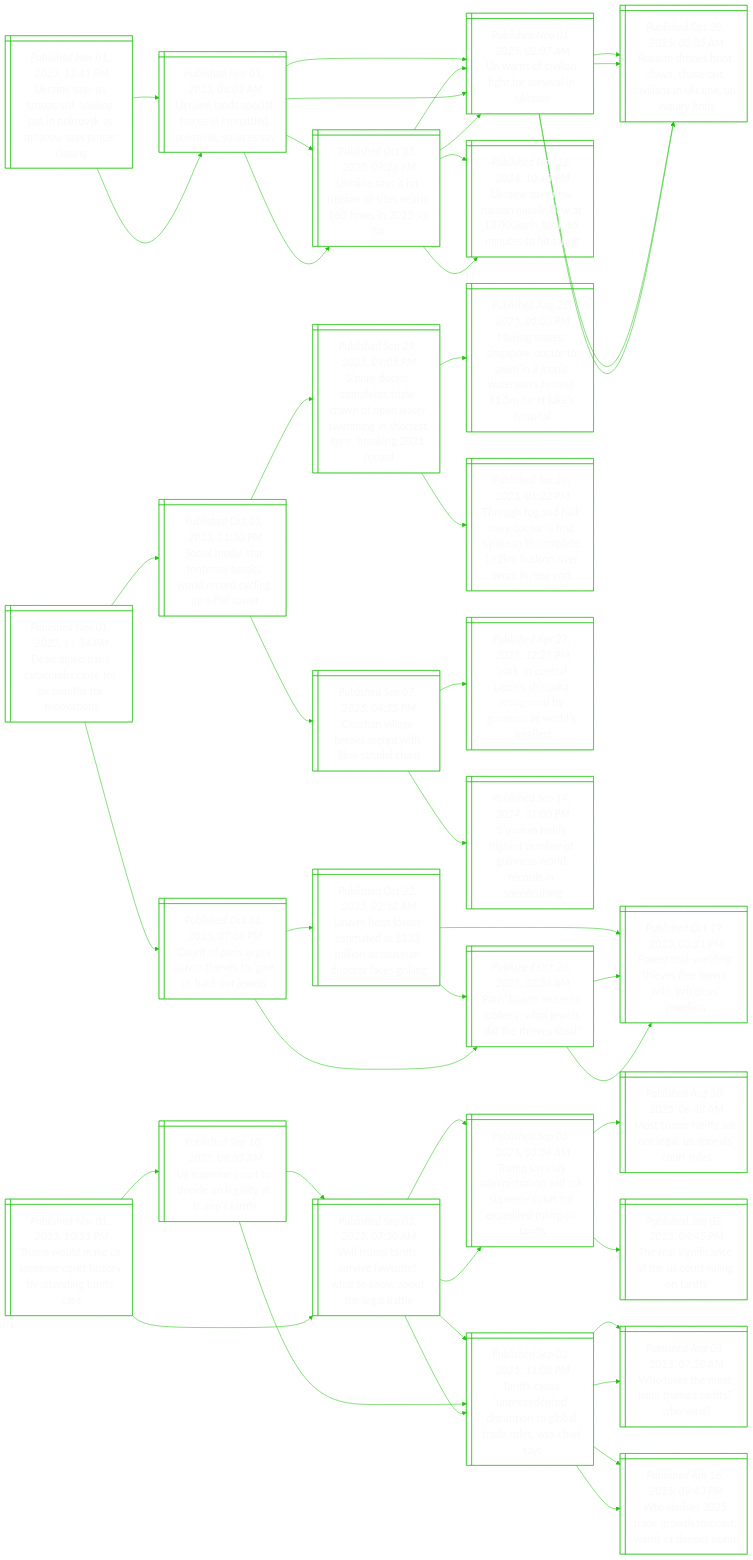
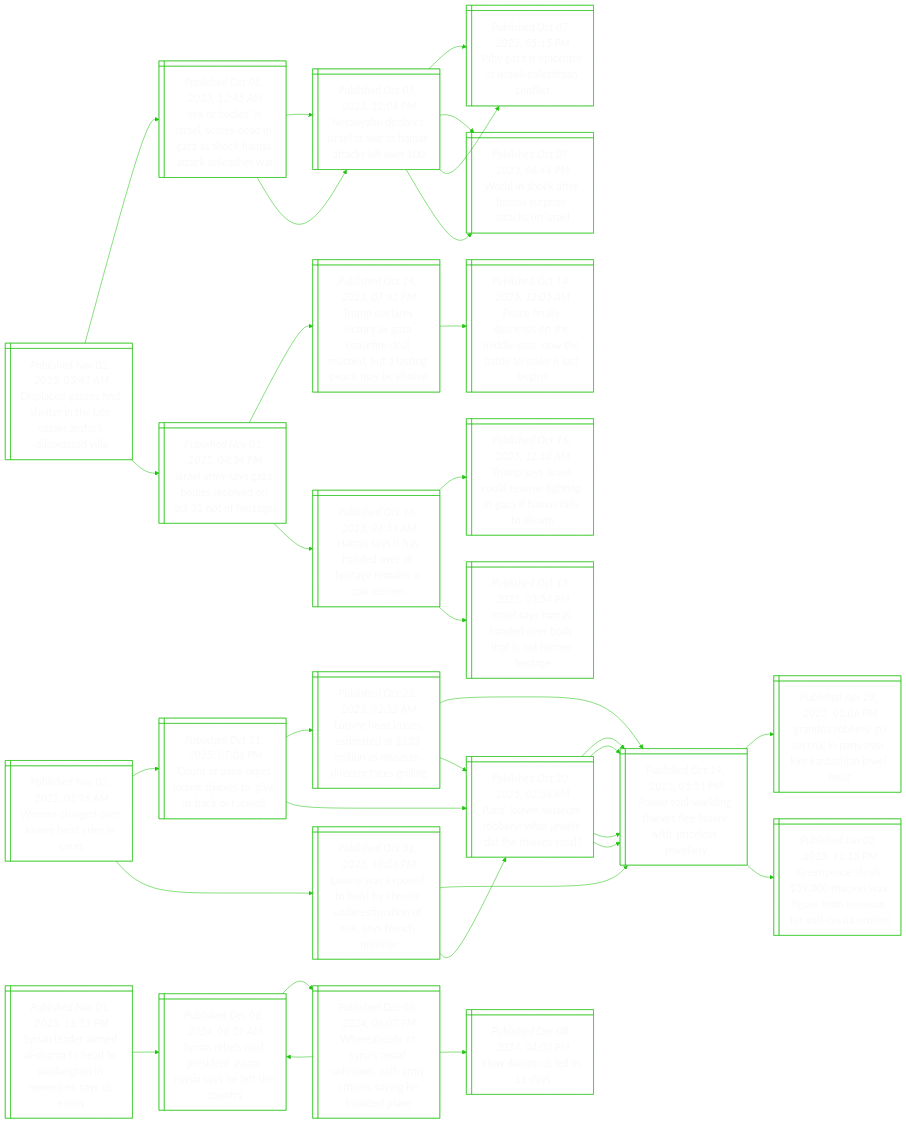
Before and after one commit to notJmes/notJmes: the diagram in README.md, drawn with Mermaid. The commit also changed other lines of this file, not shown here.

````diff
--- a/README.md
+++ b/README.md
@@ -16,68 +16,51 @@
 flowchart LR
 classDef txtsize font-size:20px;
 
-Unsrshniracyco@{ shape: win-pane, label: "_Published Nov 01, 2025, 11:41 PM_
-Ukraine says its troops still holding out in pokrovsk as moscow says pincer closing" }
-Undcoiadoos@{ shape: win-pane, label: "_Published Nov 01, 2025, 06:01 AM_
-Ukraine lands special forces in embattled pokrovsk, sources say" }
-UniahsvUn@{ shape: win-pane, label: "_Published Nov 01, 2025, 02:07 AM_
-Un warns of civilian fight for survival in ukraine" }
-RannneiaUnnys@{ shape: win-pane, label: "_Published Oct 28, 2025, 03:05 AM_
-Russian drones hunt down, chase out civilians in ukraine, un inquiry finds" }
-RannneiaUnnys@{ shape: win-pane, label: "_Published Oct 28, 2025, 03:05 AM_
-Russian drones hunt down, chase out civilians in ukraine, un inquiry finds" }
-Unstilsleo@{ shape: win-pane, label: "_Published Oct 31, 2025, 09:26 PM_
-Ukraine says it hit russian oil sites nearly 160 times in 2025 so far" }
-Unsuniemkthr@{ shape: win-pane, label: "_Published Nov 22, 2024, 10:48 PM_
-Ukraine says new russian missile flew at 13,000kmh, took 15 minutes to hit target" }
-UniahsvUn@{ shape: win-pane, label: "_Published Nov 01, 2025, 02:07 AM_
-Un warns of civilian fight for survival in ukraine" }
-Undcoiadoos@{ shape: win-pane, label: "_Published Nov 01, 2025, 06:01 AM_
-Ukraine lands special forces in embattled pokrovsk, sources say" }
-UniahsvUn@{ shape: win-pane, label: "_Published Nov 01, 2025, 02:07 AM_
-Un warns of civilian fight for survival in ukraine" }
-RannneiaUnnys@{ shape: win-pane, label: "_Published Oct 28, 2025, 03:05 AM_
-Russian drones hunt down, chase out civilians in ukraine, un inquiry finds" }
-RannneiaUnnys@{ shape: win-pane, label: "_Published Oct 28, 2025, 03:05 AM_
-Russian drones hunt down, chase out civilians in ukraine, un inquiry finds" }
-Unstilsleo@{ shape: win-pane, label: "_Published Oct 31, 2025, 09:26 PM_
-Ukraine says it hit russian oil sites nearly 160 times in 2025 so far" }
-Unsuniemkthr@{ shape: win-pane, label: "_Published Nov 22, 2024, 10:48 PM_
-Ukraine says new russian missile flew at 13,000kmh, took 15 minutes to hit target" }
-UniahsvUn@{ shape: win-pane, label: "_Published Nov 01, 2025, 02:07 AM_
-Un warns of civilian fight for survival in ukraine" }
+DaafhreYralai@{ shape: win-pane, label: "_Published Nov 02, 2025, 03:41 AM_
+Displaced gazans find shelter in the late yasser arafat’s dilapidated villa" }
+Sbsrcdnacaale@{ shape: win-pane, label: "_Published Oct 08, 2023, 12:45 AM_
+‘sea of bodies’ in israel, scores dead in gaza as shock hamas attack unleashes war" }
+NyeeawHakl@{ shape: win-pane, label: "_Published Oct 07, 2023, 12:04 PM_
+Netanyahu declares israel at war as hamas attacks kill over 100" }
+WzptIleint@{ shape: win-pane, label: "_Published Oct 07, 2023, 05:15 PM_
+Why gaza is epicentre of israeli-palestinian conflict" }
+Wiceapaks@{ shape: win-pane, label: "_Published Oct 07, 2023, 06:44 PM_
+World in shock after hamas surprise attacks on israel" }
+NyeeawHakl@{ shape: win-pane, label: "_Published Oct 07, 2023, 12:04 PM_
+Netanyahu declares israel at war as hamas attacks kill over 100" }
+WzptIleint@{ shape: win-pane, label: "_Published Oct 07, 2023, 05:15 PM_
+Why gaza is epicentre of israeli-palestinian conflict" }
+Wiceapaks@{ shape: win-pane, label: "_Published Oct 07, 2023, 06:44 PM_
+World in shock after hamas surprise attacks on israel" }
+Ilsadeecot@{ shape: win-pane, label: "_Published Nov 01, 2025, 04:34 PM_
+Israel army says gaza bodies received on oct 31 not of hostages" }
+Tdrcaaededlncbs@{ shape: win-pane, label: "_Published Oct 14, 2025, 07:45 PM_
+Trump declares victory as gaza ceasefire deal reached, but a lasting peace may be elusive" }
+PflcoMeNelale@{ shape: win-pane, label: "_Published Oct 14, 2025, 12:05 AM_
+Peace finally descends on the middle east: now the battle to make it last begins" }
+Hstaoltesnv@{ shape: win-pane, label: "_Published Oct 16, 2025, 04:51 AM_
+Hamas says it has handed over all hostage remains it can recover" }
+Tsscretniali@{ shape: win-pane, label: "_Published Oct 16, 2025, 12:10 AM_
+Trump says israel could resume fighting in gaza if hamas fails to disarm" }
+IlHhdbhnroe@{ shape: win-pane, label: "_Published Oct 15, 2025, 05:54 PM_
+Israel says hamas handed over body that is not former hostage" }
 
-Unsrshniracyco:::txtsize --> Undcoiadoos:::txtsize
-Undcoiadoos:::txtsize --> UniahsvUn:::txtsize
-UniahsvUn:::txtsize --> RannneiaUnnys:::txtsize
-UniahsvUn:::txtsize --> RannneiaUnnys:::txtsize
-Undcoiadoos:::txtsize --> Unstilsleo:::txtsize
-Unstilsleo:::txtsize --> Unsuniemkthr:::txtsize
-Unstilsleo:::txtsize --> UniahsvUn:::txtsize
-Unsrshniracyco:::txtsize --> Undcoiadoos:::txtsize
-Undcoiadoos:::txtsize --> UniahsvUn:::txtsize
-UniahsvUn:::txtsize --> RannneiaUnnys:::txtsize
-UniahsvUn:::txtsize --> RannneiaUnnys:::txtsize
-Undcoiadoos:::txtsize --> Unstilsleo:::txtsize
-Unstilsleo:::txtsize --> Unsuniemkthr:::txtsize
-Unstilsleo:::txtsize --> UniahsvUn:::txtsize
+DaafhreYralai:::txtsize --> Sbsrcdnacaale:::txtsize
+Sbsrcdnacaale:::txtsize --> NyeeawHakl:::txtsize
+NyeeawHakl:::txtsize --> WzptIleint:::txtsize
+NyeeawHakl:::txtsize --> Wiceapaks:::txtsize
+Sbsrcdnacaale:::txtsize --> NyeeawHakl:::txtsize
+NyeeawHakl:::txtsize --> WzptIleint:::txtsize
+NyeeawHakl:::txtsize --> Wiceapaks:::txtsize
+DaafhreYralai:::txtsize --> Ilsadeecot:::txtsize
+Ilsadeecot:::txtsize --> Tdrcaaededlncbs:::txtsize
+Tdrcaaededlncbs:::txtsize --> PflcoMeNelale:::txtsize
+Ilsadeecot:::txtsize --> Hstaoltesnv:::txtsize
+Hstaoltesnv:::txtsize --> Tsscretniali:::txtsize
+Hstaoltesnv:::txtsize --> IlHhdbhnroe:::txtsize
 
-Duaamorofni@{ shape: win-pane, label: "_Published Nov 01, 2025, 11:34 PM_
-Dead quiet: paris catacombs close for six months for renovations" }
-SlaFneoecniT@{ shape: win-pane, label: "_Published Oct 03, 2025, 11:50 PM_
-Social media star fontenoy breaks world record cycling up eiffel tower" }
-SdrlTeneemirtrno@{ shape: win-pane, label: "_Published Sep 29, 2025, 09:05 PM_
-S’pore doctor completes triple crown of open water swimming in shortest time, breaking 2021 record" }
-MgsadricwwoeSep@{ shape: win-pane, label: "_Published Aug 23, 2025, 05:00 PM_
-Making waves: singapore doctor to swim in 3 iconic waterways to raise $1.5m for st luke’s hospital" }
-TgaiyoipnmediwNr@{ shape: win-pane, label: "_Published Jun 20, 2023, 01:22 PM_
-Through fog and hail: navy doctor is first s’porean to complete 192km hudson river swim in new york" }
-Cilbsrhrc@{ shape: win-pane, label: "_Published Sep 07, 2025, 04:55 PM_
-Croatian village breaks record with 3km strudel chain" }
-Pnrphkoeusose@{ shape: win-pane, label: "_Published Apr 27, 2025, 12:25 PM_
-‘park’ in central japan’s shizuoka recognised by guinness as world’s smallest" }
-SadhuonWRdpu@{ shape: win-pane, label: "_Published Sep 14, 2024, 01:00 PM_
-S’porean holds highest number of guinness world records in speedcubing" }
+Wcerrseo@{ shape: win-pane, label: "_Published Nov 02, 2025, 01:16 AM_
+Woman charged over louvre heist cries in court" }
 Coievitecjs@{ shape: win-pane, label: "_Published Oct 31, 2025, 07:06 PM_
 Count of paris urges louvre thieves to ‘give us back our jewels’" }
 Leteidlaerrsl@{ shape: win-pane, label: "_Published Oct 22, 2025, 02:52 AM_
@@ -92,66 +75,50 @@
 Power tool-wielding thieves flee louvre with ‘priceless’ jewellery" }
 Ptineluiisey@{ shape: win-pane, label: "_Published Oct 19, 2025, 05:51 PM_
 Power tool-wielding thieves flee louvre with ‘priceless’ jewellery" }
+Lexdicieioiynnr@{ shape: win-pane, label: "_Published Oct 31, 2025, 10:56 PM_
+Louvre was exposed to heist by chronic underestimation of risk, says french minister" }
+Ptineluiisey@{ shape: win-pane, label: "_Published Oct 19, 2025, 05:51 PM_
+Power tool-wielding thieves flee louvre with ‘priceless’ jewellery" }
+GpboiPoidaes@{ shape: win-pane, label: "_Published Apr 28, 2025, 01:06 PM_
+‘grandpa robbers’ go on trial in paris over kim kardashian jewel heist" }
+Gpssofemmnsrt@{ shape: win-pane, label: "_Published Jun 02, 2025, 11:15 PM_
+Greenpeace steals $59,000 macron wax figure from museum for anti-russia protest" }
+PLeubhwitea@{ shape: win-pane, label: "_Published Oct 20, 2025, 02:36 AM_
+Paris’ louvre museum robbery: what jewels did the thieves steal?" }
+Ptineluiisey@{ shape: win-pane, label: "_Published Oct 19, 2025, 05:51 PM_
+Power tool-wielding thieves flee louvre with ‘priceless’ jewellery" }
+Ptineluiisey@{ shape: win-pane, label: "_Published Oct 19, 2025, 05:51 PM_
+Power tool-wielding thieves flee louvre with ‘priceless’ jewellery" }
 
-Duaamorofni:::txtsize --> SlaFneoecniT:::txtsize
-SlaFneoecniT:::txtsize --> SdrlTeneemirtrno:::txtsize
-SdrlTeneemirtrno:::txtsize --> MgsadricwwoeSep:::txtsize
-SdrlTeneemirtrno:::txtsize --> TgaiyoipnmediwNr:::txtsize
-SlaFneoecniT:::txtsize --> Cilbsrhrc:::txtsize
-Cilbsrhrc:::txtsize --> Pnrphkoeusose:::txtsize
-Cilbsrhrc:::txtsize --> SadhuonWRdpu:::txtsize
-Duaamorofni:::txtsize --> Coievitecjs:::txtsize
+Wcerrseo:::txtsize --> Coievitecjs:::txtsize
 Coievitecjs:::txtsize --> Leteidlaerrsl:::txtsize
 Leteidlaerrsl:::txtsize --> Ptineluiisey:::txtsize
 Leteidlaerrsl:::txtsize --> PLeubhwitea:::txtsize
 Coievitecjs:::txtsize --> PLeubhwitea:::txtsize
 PLeubhwitea:::txtsize --> Ptineluiisey:::txtsize
 PLeubhwitea:::txtsize --> Ptineluiisey:::txtsize
+Wcerrseo:::txtsize --> Lexdicieioiynnr:::txtsize
+Lexdicieioiynnr:::txtsize --> Ptineluiisey:::txtsize
+Ptineluiisey:::txtsize --> GpboiPoidaes:::txtsize
+Ptineluiisey:::txtsize --> Gpssofemmnsrt:::txtsize
+Lexdicieioiynnr:::txtsize --> PLeubhwitea:::txtsize
+PLeubhwitea:::txtsize --> Ptineluiisey:::txtsize
+PLeubhwitea:::txtsize --> Ptineluiisey:::txtsize
 
-TwmSeusbegfs@{ shape: win-pane, label: "_Published Nov 01, 2025, 10:55 PM_
-Trump would make us supreme court history by attending tariffs case" }
-Uroodetrtf@{ shape: win-pane, label: "_Published Sep 10, 2025, 06:02 AM_
-Us supreme court to decide on legality of trump’s tariffs" }
-Wrasiwstwtea@{ shape: win-pane, label: "_Published Sep 03, 2025, 07:50 AM_
-Will trump tariffs survive lawsuits? what to know about the legal battle" }
-TsiirnapCfpeitf@{ shape: win-pane, label: "_Published Sep 03, 2025, 03:54 AM_
-Trump says his administration will ask supreme court for expedited ruling on tariffs" }
-TfsredptbalOf@{ shape: win-pane, label: "_Published Sep 02, 2025, 11:08 PM_
-Tariffs cause ‘unprecedented’ disruption to global trade rules, wto chief says" }
-TfsredptbalOf@{ shape: win-pane, label: "_Published Sep 02, 2025, 11:08 PM_
-Tariffs cause ‘unprecedented’ disruption to global trade rules, wto chief says" }
-Wsefrtfw@{ shape: win-pane, label: "_Published Aug 08, 2025, 07:28 AM_
-Who loses the most from trump’s tariffs? who wins?" }
-Watghcafem@{ shape: win-pane, label: "_Published Apr 16, 2025, 09:43 PM_
-Wto slashes 2025 trade growth forecast, warns of deeper slump" }
-Wrasiwstwtea@{ shape: win-pane, label: "_Published Sep 03, 2025, 07:50 AM_
-Will trump tariffs survive lawsuits? what to know about the legal battle" }
-TsiirnapCfpeitf@{ shape: win-pane, label: "_Published Sep 03, 2025, 03:54 AM_
-Trump says his administration will ask supreme court for expedited ruling on tariffs" }
-Mrasoapsts@{ shape: win-pane, label: "_Published Aug 30, 2025, 06:48 AM_
-Most trump tariffs are not legal, us appeals court rules" }
-TanafStnas@{ shape: win-pane, label: "_Published Sep 02, 2025, 04:45 PM_
-The real significance of the us court ruling on tariffs" }
-TfsredptbalOf@{ shape: win-pane, label: "_Published Sep 02, 2025, 11:08 PM_
-Tariffs cause ‘unprecedented’ disruption to global trade rules, wto chief says" }
-Wsefrtfw@{ shape: win-pane, label: "_Published Aug 08, 2025, 07:28 AM_
-Who loses the most from trump’s tariffs? who wins?" }
-Watghcafem@{ shape: win-pane, label: "_Published Apr 16, 2025, 09:43 PM_
-Wto slashes 2025 trade growth forecast, warns of deeper slump" }
+SneehtdstNbyn@{ shape: win-pane, label: "_Published Nov 01, 2025, 11:51 PM_
+Syrian leader ahmed al-sharaa to head to washington in november, says us envoy" }
+SnltiARahtoy@{ shape: win-pane, label: "_Published Dec 08, 2024, 08:51 AM_
+Syrian rebels oust president assad; russia says he left the country" }
+Wasrsnnafriben@{ shape: win-pane, label: "_Published Dec 08, 2024, 06:07 PM_
+Whereabouts of syria's assad unknown, with army officers saying he boarded plane" }
+SnltiARahtoy@{ shape: win-pane, label: "_Published Dec 08, 2024, 08:51 AM_
+Syrian rebels oust president assad; russia says he left the country" }
+Hmsis@{ shape: win-pane, label: "_Published Dec 08, 2024, 04:00 PM_
+How damascus fell in 11 days" }
 
-TwmSeusbegfs:::txtsize --> Uroodetrtf:::txtsize
-Uroodetrtf:::txtsize --> Wrasiwstwtea:::txtsize
-Wrasiwstwtea:::txtsize --> TsiirnapCfpeitf:::txtsize
-Wrasiwstwtea:::txtsize --> TfsredptbalOf:::txtsize
-Uroodetrtf:::txtsize --> TfsredptbalOf:::txtsize
-TfsredptbalOf:::txtsize --> Wsefrtfw:::txtsize
-TfsredptbalOf:::txtsize --> Watghcafem:::txtsize
-TwmSeusbegfs:::txtsize --> Wrasiwstwtea:::txtsize
-Wrasiwstwtea:::txtsize --> TsiirnapCfpeitf:::txtsize
-TsiirnapCfpeitf:::txtsize --> Mrasoapsts:::txtsize
-TsiirnapCfpeitf:::txtsize --> TanafStnas:::txtsize
-Wrasiwstwtea:::txtsize --> TfsredptbalOf:::txtsize
-TfsredptbalOf:::txtsize --> Wsefrtfw:::txtsize
-TfsredptbalOf:::txtsize --> Watghcafem:::txtsize
+SneehtdstNbyn:::txtsize --> SnltiARahtoy:::txtsize
+SnltiARahtoy:::txtsize --> Wasrsnnafriben:::txtsize
+Wasrsnnafriben:::txtsize --> SnltiARahtoy:::txtsize
+Wasrsnnafriben:::txtsize --> Hmsis:::txtsize
 
 ```
````
